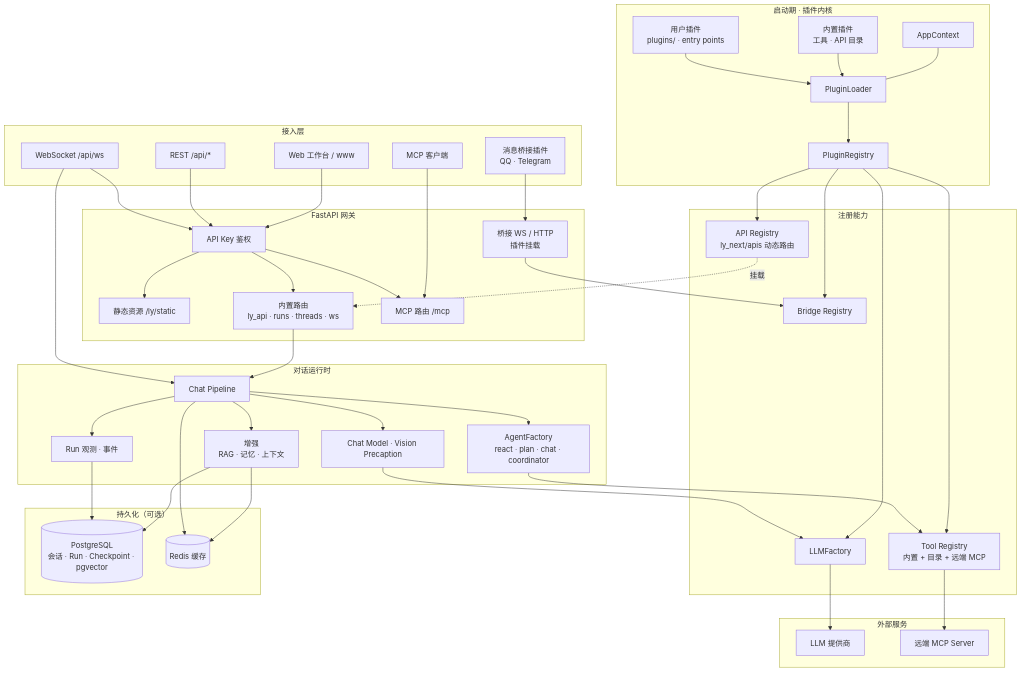
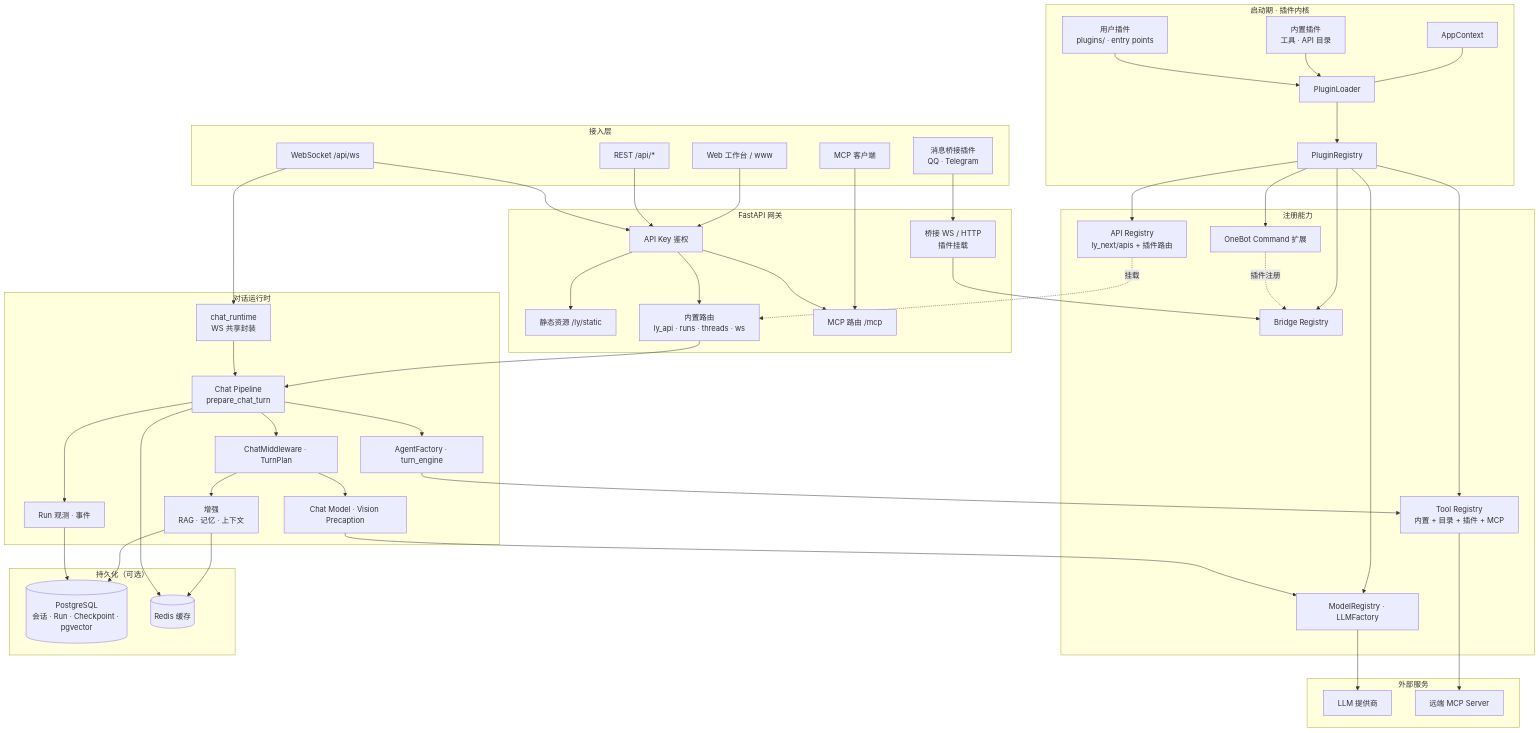
The first of 2 diagrams in README.md (liuyingjiang-wei/LY-NEXT), drawn with Mermaid before and after one commit. The commit also changed other lines of this file and 4 other files, not shown here.

```diff
--- a/README.md
+++ b/README.md
@@ -116,17 +117,20 @@
   end
 
   subgraph caps["注册能力"]
-    TOOLS[Tool Registry\n内置 + 目录 + 远端 MCP]
-    LLM[LLMFactory]
-    DAPI[API Registry\nly_next/apis 动态路由]
+    TOOLS[Tool Registry\n内置 + 目录 + 插件 + MCP]
+    REG[ModelRegistry · LLMFactory]
+    DAPI[API Registry\nly_next/apis + 插件路由]
     BRG[Bridge Registry]
+    CMD[OneBot Command 扩展]
   end
 
   subgraph runtime["对话运行时"]
-    PIPE[Chat Pipeline]
+    PIPE[Chat Pipeline\nprepare_chat_turn]
+    MW[ChatMiddleware · TurnPlan]
     AUG[增强\nRAG · 记忆 · 上下文]
     ROUTE[Chat Model · Vision Precaption]
-    AGF[AgentFactory\nreact · plan · chat · coordinator]
+    RT[chat_runtime\nWS 共享封装]
+    AGF[AgentFactory · turn_engine]
     OBS[Run 观测 · 事件]
   end
 
@@ -152,26 +156,30 @@
   BRWS --> BRG
 
   CORE --> PIPE
-  WS --> PIPE
+  WS --> RT
+  RT --> PIPE
 
   PL --> PR
   CTX --- PL
   BUILTIN --> PL
   USER --> PL
   PR --> TOOLS
-  PR --> LLM
+  PR --> REG
   PR --> DAPI
   PR --> BRG
+  PR --> CMD
   DAPI -.挂载.-> CORE
+  CMD -.插件注册.-> BRG
 
-  PIPE --> AUG
-  PIPE --> ROUTE
+  PIPE --> MW
+  MW --> AUG
+  MW --> ROUTE
   PIPE --> AGF
   PIPE --> OBS
   AUG --> PG
-  ROUTE --> LLM
+  ROUTE --> REG
   AGF --> TOOLS
-  LLM --> LLMP
+  REG --> LLMP
   TOOLS --> RMCP
   OBS --> PG
   AUG --> RD
```
